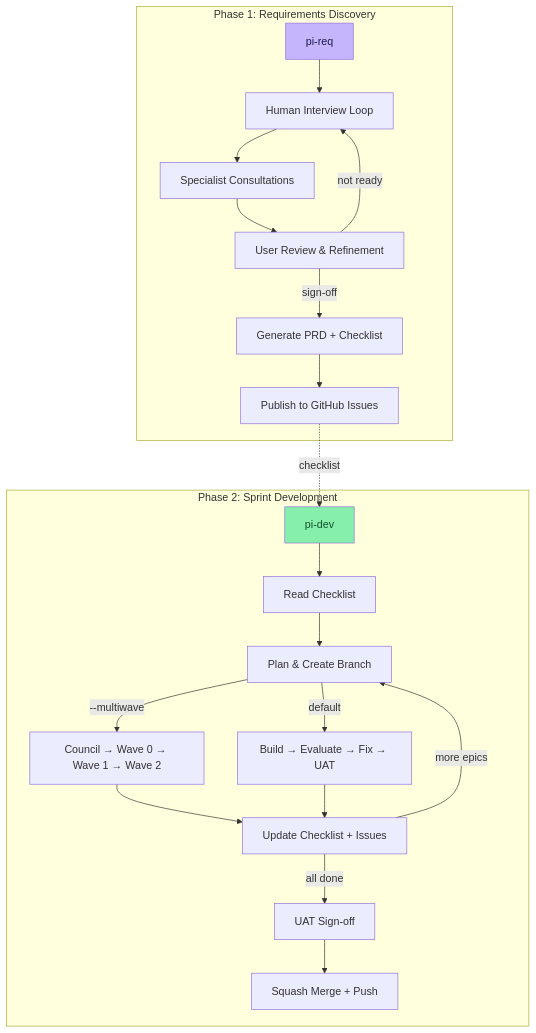
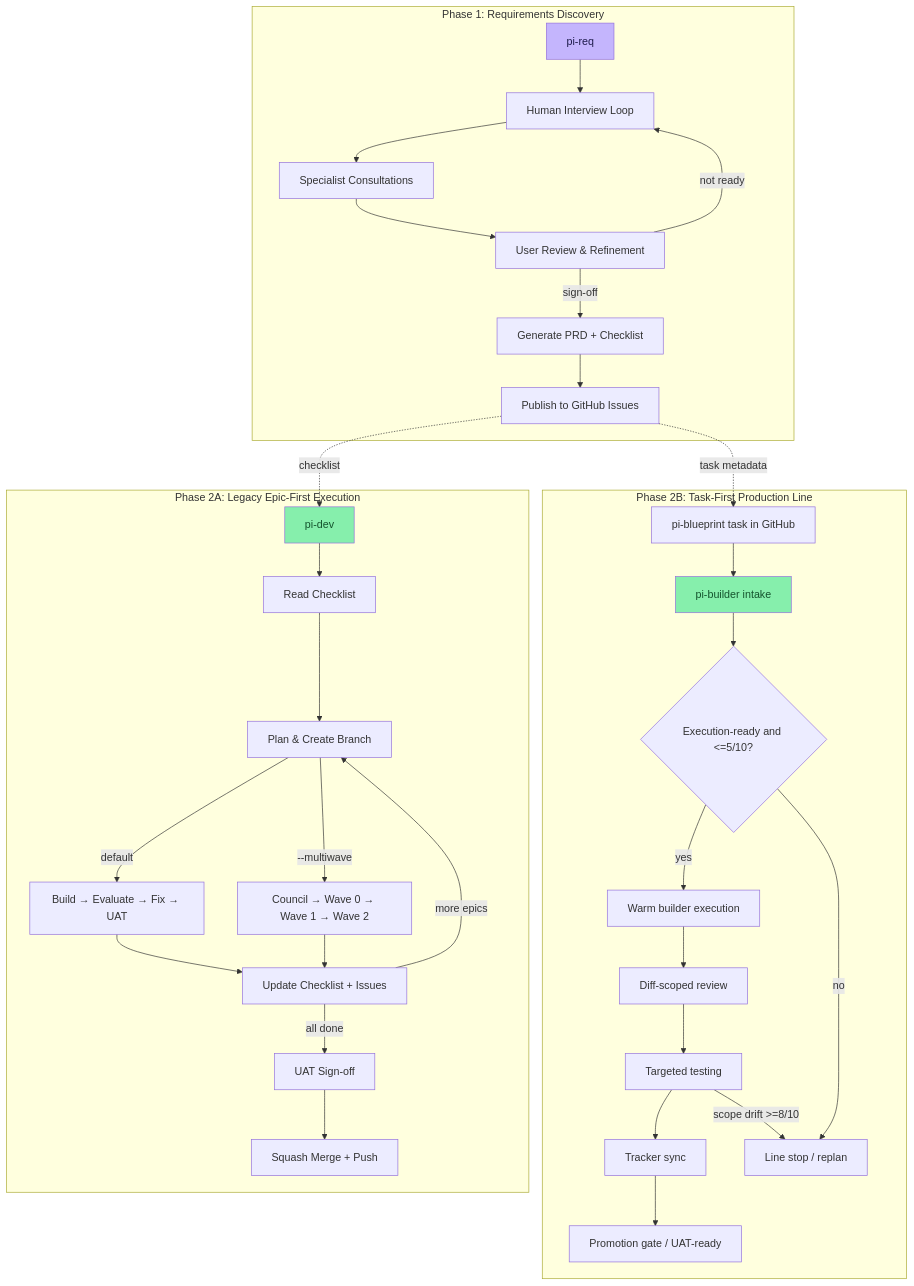
Before and after one commit to Holovkat/pi-extensions: the first of 9 diagrams in README.md, drawn with Mermaid. The commit also changed other lines of this file and 4 other files, not shown here.

Commit message:
feat: add pi-builder task-first execution flow

````diff
--- a/README.md
+++ b/README.md
@@ -25,28 +26,42 @@
 ```mermaid
 graph TD
     subgraph "Phase 1: Requirements Discovery"
         A[pi-req] --> B[Human Interview Loop]
         B --> C[Specialist Consultations]
         C --> D[User Review & Refinement]
         D -->|not ready| B
         D -->|sign-off| E[Generate PRD + Checklist]
         E --> F[Publish to GitHub Issues]
     end
 
-    subgraph "Phase 2: Sprint Development"
+    subgraph "Phase 2A: Legacy Epic-First Execution"
         G[pi-dev] --> H[Read Checklist]
         H --> I[Plan & Create Branch]
         I -->|default| J2[Build → Evaluate → Fix → UAT]
         I -->|"--multiwave"| J1[Council → Wave 0 → Wave 1 → Wave 2]
         J1 --> L[Update Checklist + Issues]
         J2 --> L
         L -->|more epics| I
         L -->|all done| M[UAT Sign-off]
         M --> N[Squash Merge + Push]
     end
 
+    subgraph "Phase 2B: Task-First Production Line"
+        P[pi-blueprint task in GitHub] --> Q[pi-builder intake]
+        Q --> R{Execution-ready and <=5/10?}
+        R -->|yes| S[Warm builder execution]
+        S --> T[Diff-scoped review]
+        T --> U[Targeted testing]
+        U --> V[Tracker sync]
+        V --> W[Promotion gate / UAT-ready]
+        R -->|no| X[Line stop / replan]
+        U -->|scope drift >=8/10| X
+    end
+
     F -.->|checklist| G
+    F -.->|task metadata| P
 
     style A fill:#c4b5fd,color:#1e1b4b
     style G fill:#86efac,color:#14532d
+    style Q fill:#86efac,color:#14532d
 ```
````
